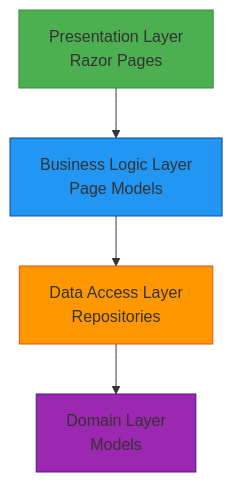
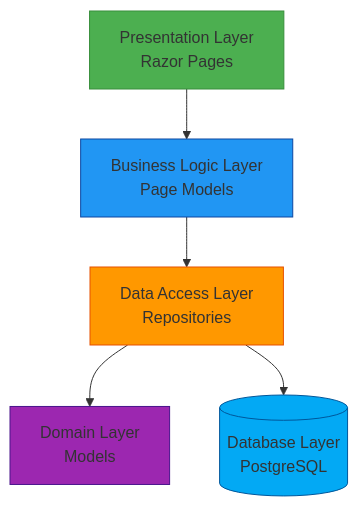
One commit to gjduggins/SpaceGeeks changed the first of 2 diagrams in docs/architecture/logical-architecture.md. Above: the diagram before and after it, drawn with Mermaid. The commit also changed 6 other files, not shown here.

First line of the commit message:
Add PostgreSQL migration architecture design and update related documentation

````diff
--- a/docs/architecture/logical-architecture.md
+++ b/docs/architecture/logical-architecture.md
@@ -11,11 +11,13 @@
 ```mermaid
 graph TD
     A[Presentation Layer<br/>Razor Pages] --> B[Business Logic Layer<br/>Page Models]
     B --> C[Data Access Layer<br/>Repositories]
     C --> D[Domain Layer<br/>Models]
+    C --> E[(Database Layer<br/>PostgreSQL)]
     
     style A fill:#4CAF50,stroke:#388E3C
     style B fill:#2196F3,stroke:#0D47A1
     style C fill:#FF9800,stroke:#E65100
     style D fill:#9C27B0,stroke:#4A148C
+    style E fill:#03A9F4,stroke:#01579B
 ```
````
